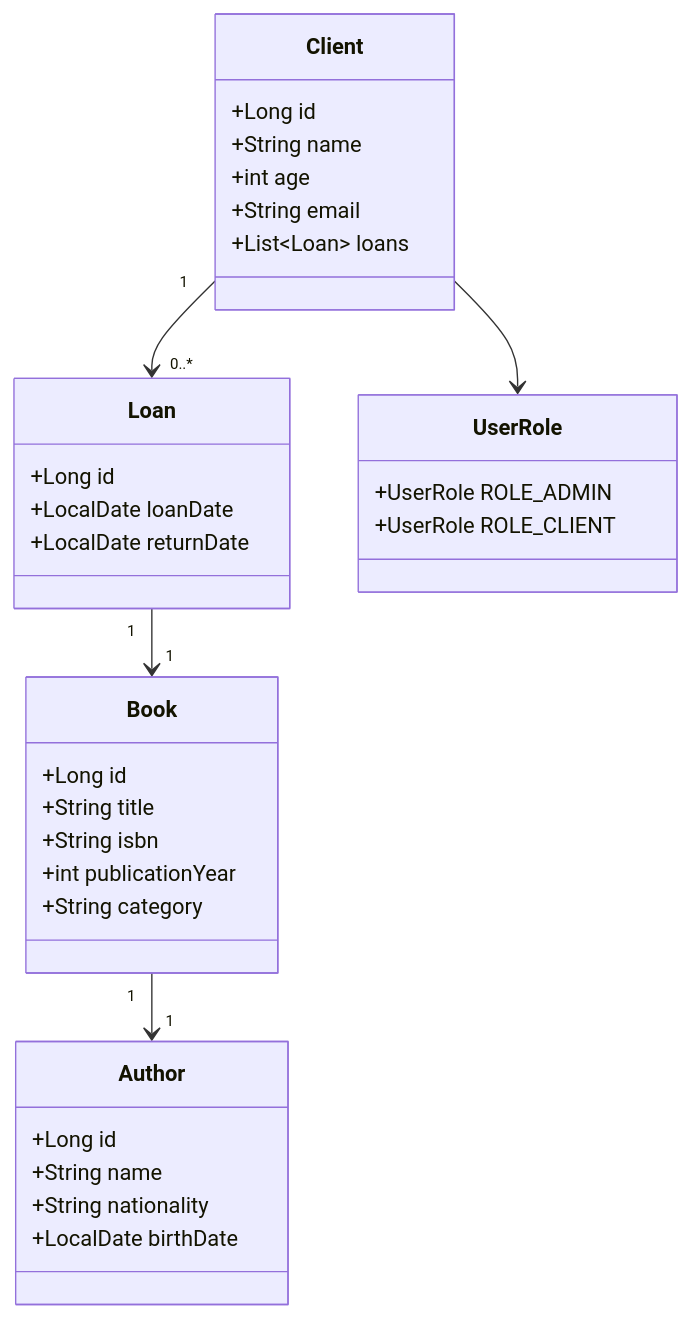
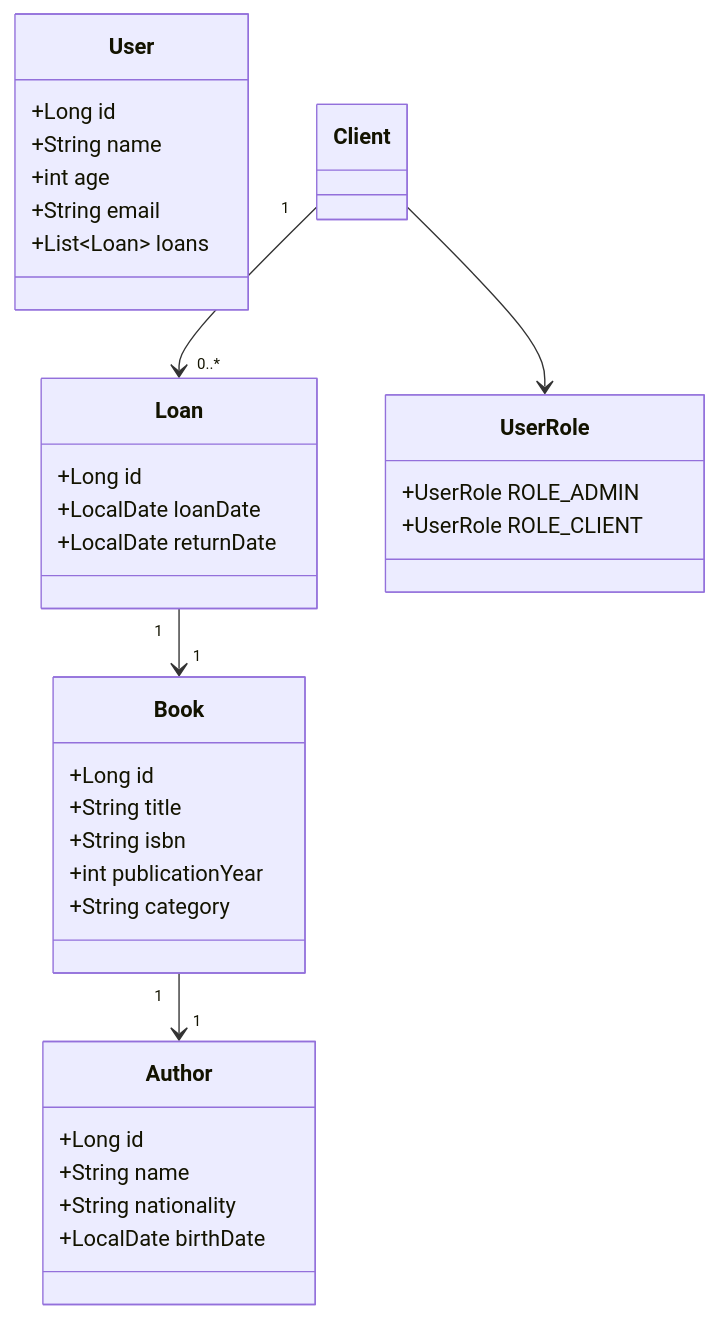
One commit to willUlisses/MyLib-API changed the diagram in README.md. Above: the diagram before and after it, drawn with Mermaid.

````diff
--- a/README.md
+++ b/README.md
@@ -2,43 +2,43 @@
 ```mermaid
 classDiagram
-    class Client {
+    class User {
         +Long id
         +String name
         +int age
         +String email
         +List~Loan~ loans
     }
 
     class Loan {
         +Long id
         +LocalDate loanDate
         +LocalDate returnDate
     }
 
     class Book {
         +Long id
         +String title
         +String isbn
         +int publicationYear
         +String category
     }
 
     class Author {
         +Long id
         +String name
         +String nationality
         +LocalDate birthDate
     }
 
     class UserRole {
         +UserRole ROLE_ADMIN
         +UserRole ROLE_CLIENT
     }
 
     %% Relationships
     Client "1" --> "0..*" Loan
     Loan "1" --> "1" Book
     Book "1" --> "1" Author
     Client --> UserRole
 
 ```
````
